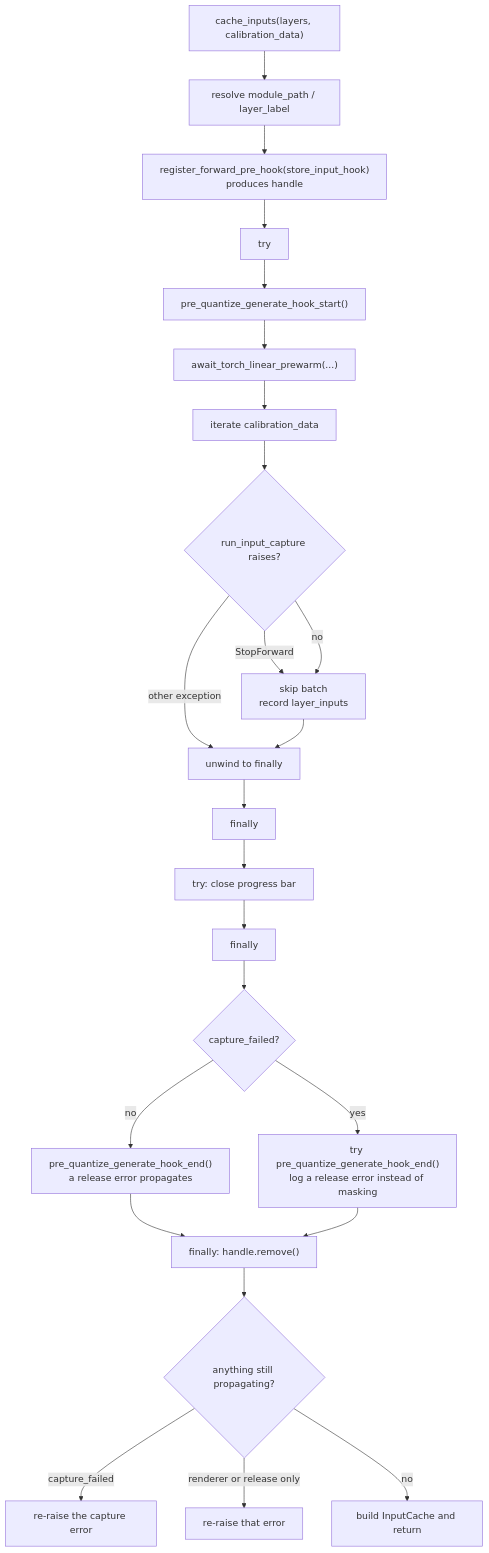
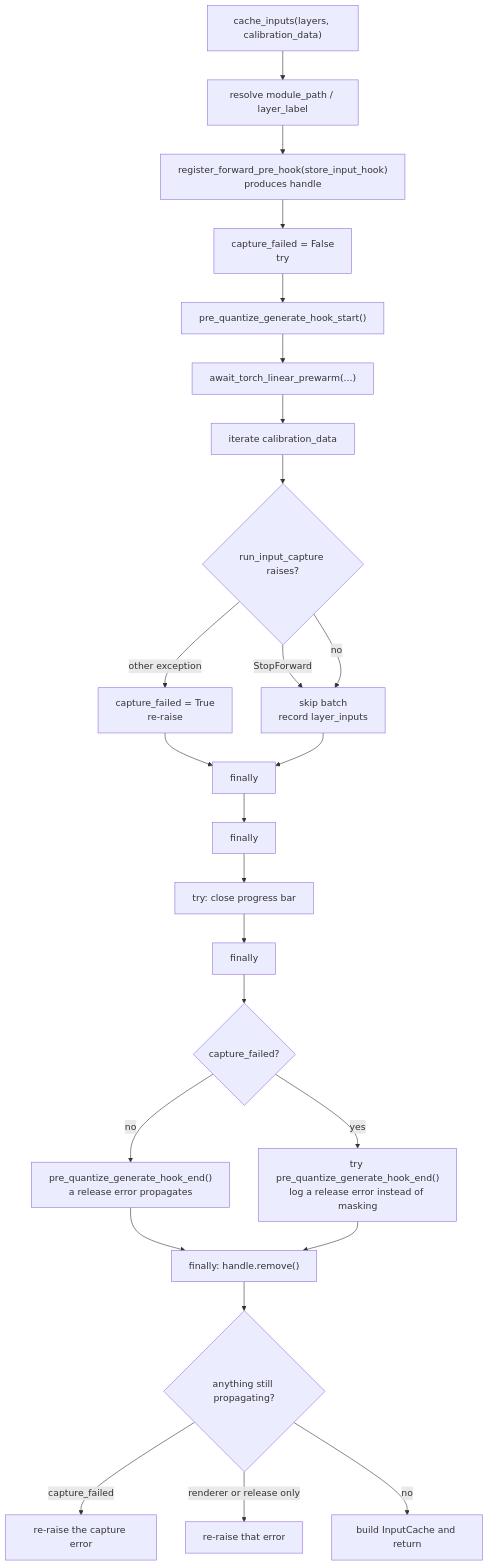
One commit to ModelCloud/GPTQModel changed the diagram in docs/input-capture-cleanup-lifecycle.md. Above: the diagram before and after it, drawn with Mermaid.

Commit message:
docs: show the per-call failure flag in the capture cleanup diagram
The diagram started at a bare `try` and labelled the failure edge
"unwind to finally", which hid the per-call `capture_failed` flag that
decides whether a release error is logged or propagated. Draw the flag
assignment and the re-raise, matching the shipped code.

````diff
--- a/docs/input-capture-cleanup-lifecycle.md
+++ b/docs/input-capture-cleanup-lifecycle.md
@@ -34,26 +34,27 @@
 ```mermaid
 flowchart TD
     A["cache_inputs(layers, calibration_data)"] --> B["resolve module_path / layer_label"]
     B --> C["register_forward_pre_hook(store_input_hook)<br/>produces handle"]
-    C --> D["try"]
+    C --> D["capture_failed = False<br/>try"]
     D --> E["pre_quantize_generate_hook_start()"]
     E --> F["await_torch_linear_prewarm(...)"]
     F --> G["iterate calibration_data"]
     G --> H{"run_input_capture raises?"}
     H -- "StopForward" --> I["skip batch<br/>record layer_inputs"]
-    H -- "other exception" --> J["unwind to finally"]
+    H -- "other exception" --> O1["capture_failed = True<br/>re-raise"]
+    O1 --> J["finally"]
     H -- "no" --> I
     I --> J
     J --> K["finally"]
     K --> L["try: close progress bar"]
     L --> M["finally"]
     M --> N{"capture_failed?"}
     N -- "no" --> O["pre_quantize_generate_hook_end()<br/>a release error propagates"]
     N -- "yes" --> P["try pre_quantize_generate_hook_end()<br/>log a release error instead of masking"]
     O --> Q["finally: handle.remove()"]
     P --> Q
     Q --> R{"anything still propagating?"}
     R -- "capture_failed" --> S["re-raise the capture error"]
     R -- "renderer or release only" --> T["re-raise that error"]
     R -- "no" --> U["build InputCache and return"]
 ```
````
